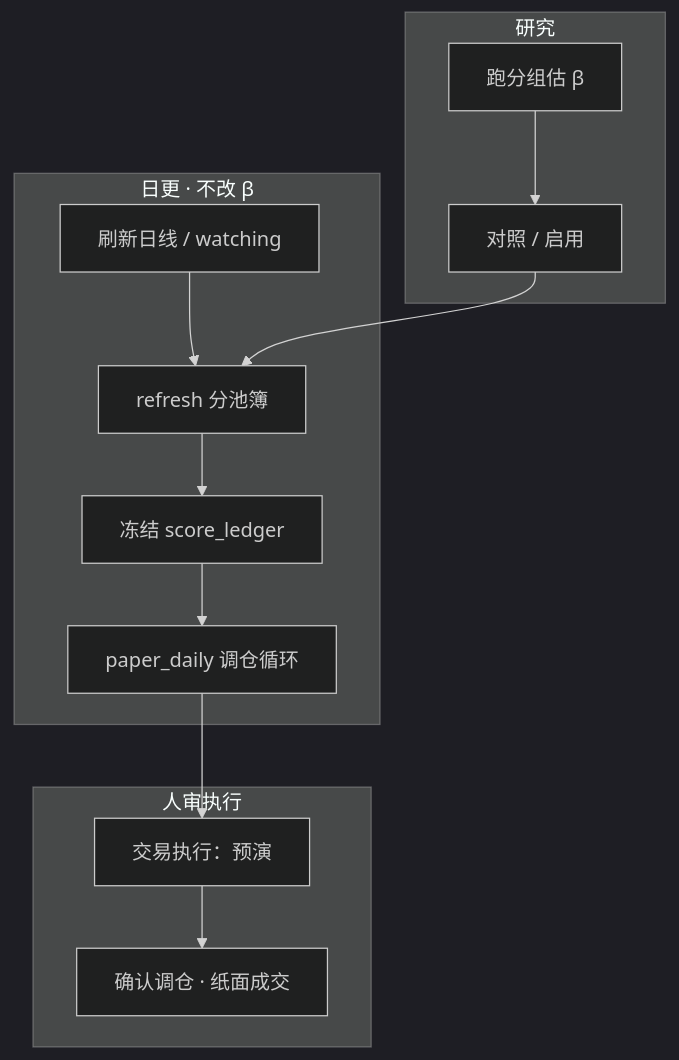
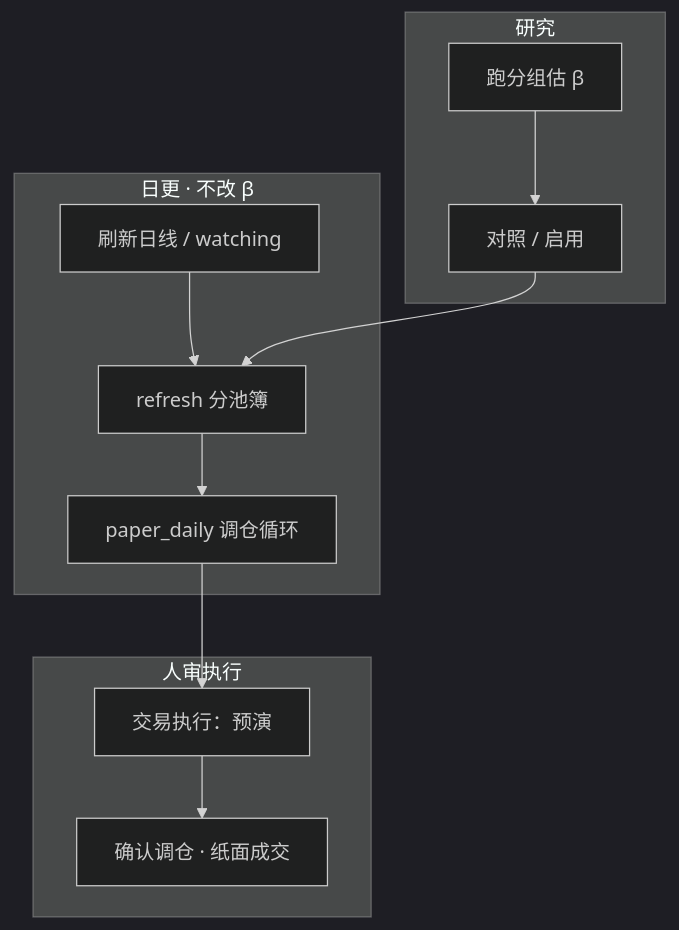
The fourth of 4 diagrams in investment/docs/quant.md (KaimingGao/workspace_gaokm), drawn with Mermaid (dark theme) before and after one commit. The commit also changed other lines of this file and 2 other files, not shown here.

````diff
--- a/investment/docs/quant.md
+++ b/investment/docs/quant.md
@@ -1447,16 +1409,15 @@
 ```mermaid
 flowchart TD
   subgraph research [研究]
     G[跑分组估 β] --> P[对照 / 启用]
   end
   subgraph daily [日更 · 不改 β]
     B[刷新日线 / watching] --> R[refresh 分池簿]
-    R --> L[冻结 score_ledger]
-    L --> C[paper_daily 调仓循环]
+    R --> C[paper_daily 调仓循环]
   end
   subgraph human [人审执行]
     C --> V[交易执行：预演]
     V --> X[确认调仓 · 纸面成交]
   end
   P --> R
 ```
````
